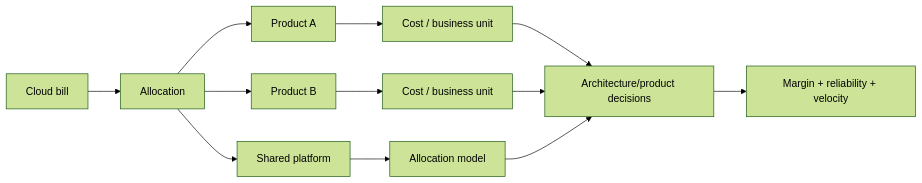
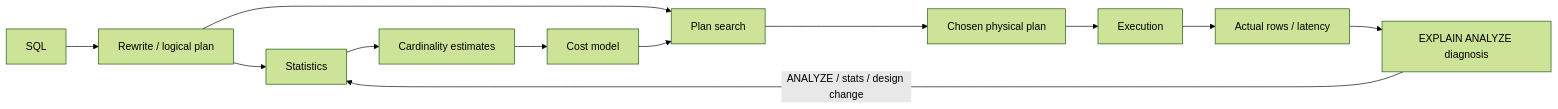
The second of 2 diagrams in daily/2026-09-21/23-00.md (cebrailbagatarhan/software-engineering-interview-roadmap), drawn with Mermaid (forest theme) before and after one commit. The commit also changed other lines of this file, not shown here.

````diff
--- a/daily/2026-09-21/23-00.md
+++ b/daily/2026-09-21/23-00.md
@@ -83,14 +86,14 @@
 ```mermaid
 flowchart LR
- B[Cloud bill] --> A[Allocation]
- A --> P1[Product A]
- A --> P2[Product B]
- A --> S[Shared platform]
- P1 --> U1[Cost / business unit]
- P2 --> U2[Cost / business unit]
- S --> M[Allocation model]
- U1 --> D[Architecture/product decisions]
- U2 --> D
- M --> D
- D --> R[Margin + reliability + velocity]
+ SQL[SQL] --> R[Rewrite / logical plan]
+ R --> S[Statistics]
+ S --> C[Cardinality estimates]
+ C --> E[Cost model]
+ R --> A[Plan search]
+ E --> A
+ A --> P[Chosen physical plan]
+ P --> X[Execution]
+ X --> M[Actual rows / latency]
+ M --> D[EXPLAIN ANALYZE diagnosis]
+ D -->|ANALYZE / stats / design change| S
 ```
````
